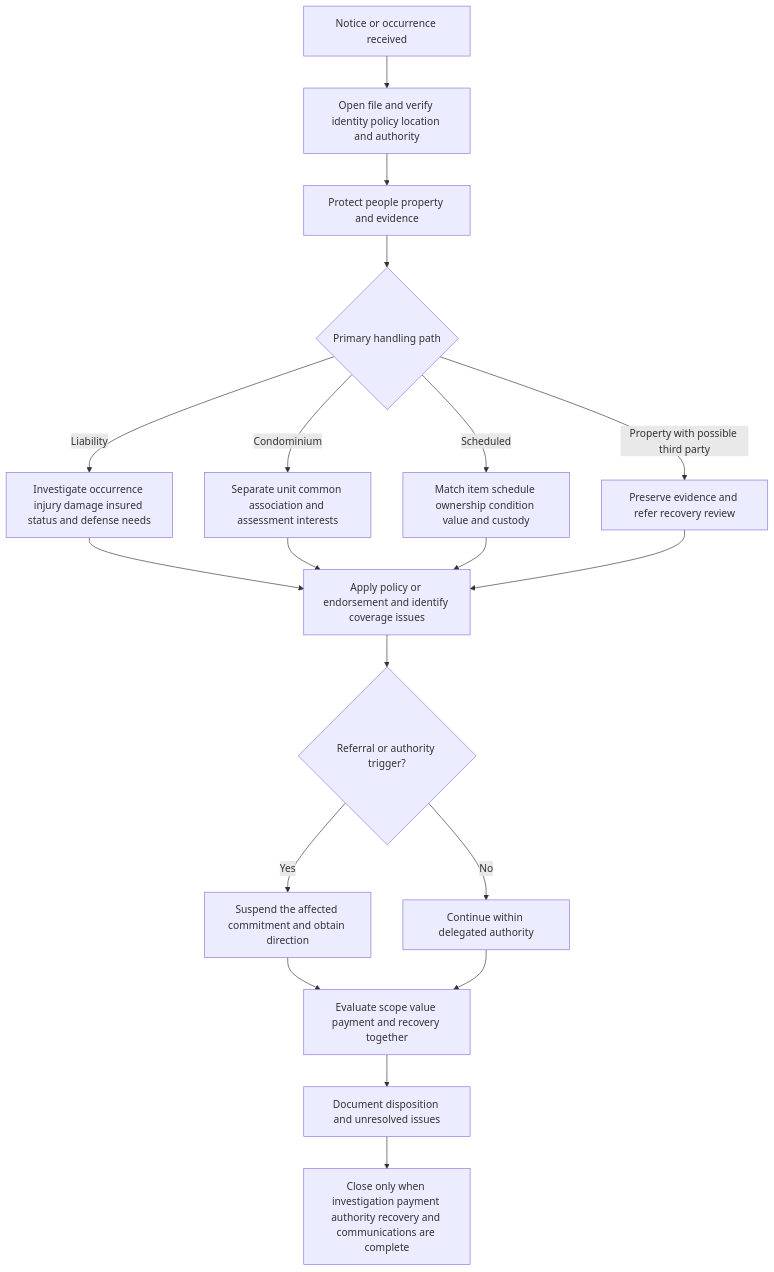
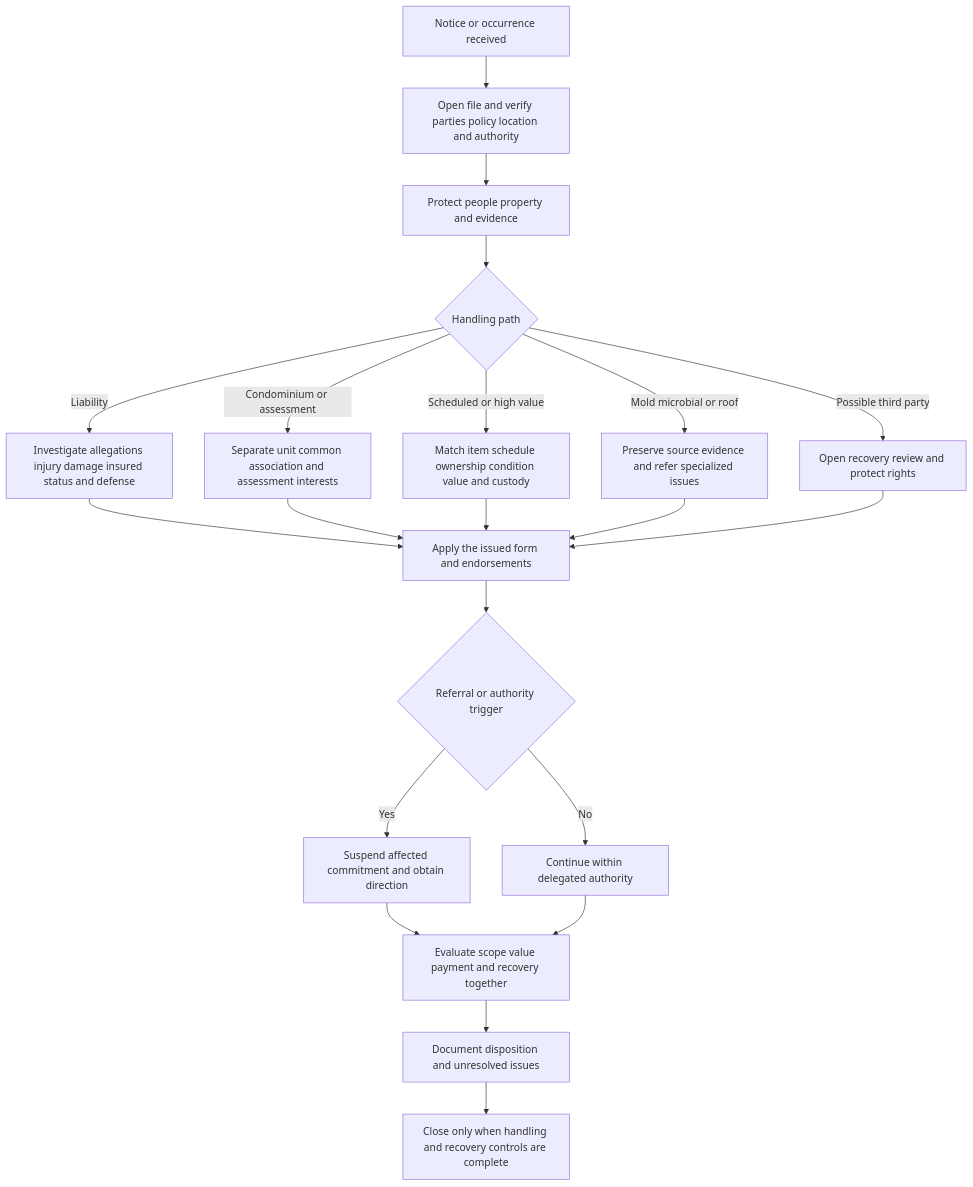
The diagram in openwiki/claims/manual/liability-specialty-and-recovery.md (eugeneliu-86/openwiki-insurance-corpus), drawn with Mermaid before and after one commit. The commit also changed other lines of this file and 109 other files, not shown here.

First line of the commit message:
docs: refresh OpenWiki (complete)

````diff
--- a/openwiki/claims/manual/liability-specialty-and-recovery.md
+++ b/openwiki/claims/manual/liability-specialty-and-recovery.md
@@ -45,21 +50,23 @@
 ```mermaid
 flowchart TD
-    A["Notice or occurrence received"] --> B["Open file and verify identity policy location and authority"]
+    A["Notice or occurrence received"] --> B["Open file and verify parties policy location and authority"]
     B --> C["Protect people property and evidence"]
-    C --> D{"Primary handling path"}
-    D -->|Liability| L["Investigate occurrence injury damage insured status and defense needs"]
-    D -->|Condominium| Cn["Separate unit common association and assessment interests"]
-    D -->|Scheduled| S["Match item schedule ownership condition value and custody"]
-    D -->|Property with possible third party| R["Preserve evidence and refer recovery review"]
-    L --> V["Apply policy or endorsement and identify coverage issues"]
+    C --> D{"Handling path"}
+    D -->|"Liability"| L["Investigate allegations injury damage insured status and defense"]
+    D -->|"Condominium or assessment"| Cn["Separate unit common association and assessment interests"]
+    D -->|"Scheduled or high value"| S["Match item schedule ownership condition value and custody"]
+    D -->|"Mold microbial or roof"| X["Preserve source evidence and refer specialized issues"]
+    D -->|"Possible third party"| R["Open recovery review and protect rights"]
+    L --> V["Apply the issued form and endorsements"]
     Cn --> V
     S --> V
+    X --> V
     R --> V
-    V --> E{"Referral or authority trigger?"}
-    E -->|Yes| H["Suspend the affected commitment and obtain direction"]
-    E -->|No| H2["Continue within delegated authority"]
+    V --> E{"Referral or authority trigger"}
+    E -->|"Yes"| H["Suspend affected commitment and obtain direction"]
+    E -->|"No"| N["Continue within delegated authority"]
     H --> P["Evaluate scope value payment and recovery together"]
-    H2 --> P
+    N --> P
     P --> Q["Document disposition and unresolved issues"]
-    Q --> Z["Close only when investigation payment authority recovery and communications are complete"]
+    Q --> Z["Close only when handling and recovery controls are complete"]
 ```
````
